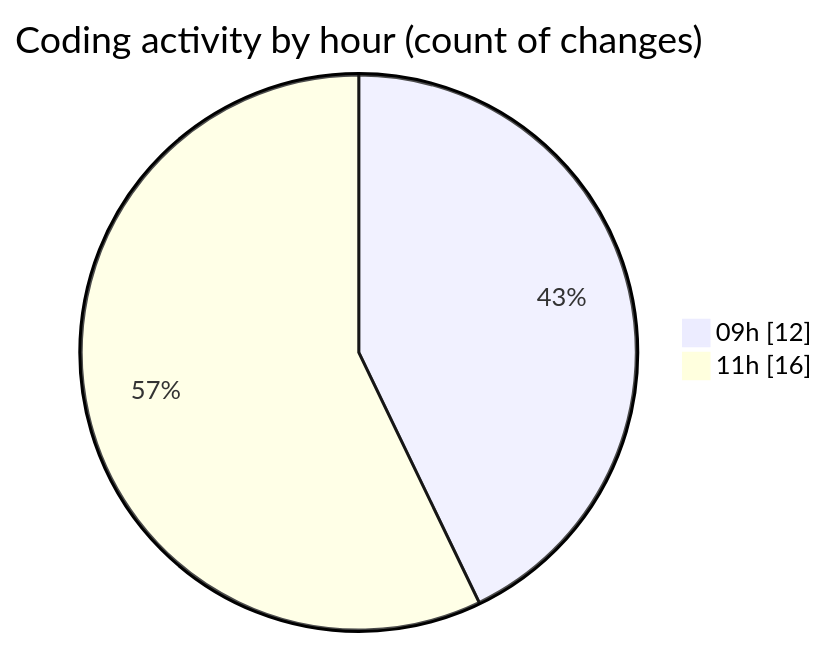
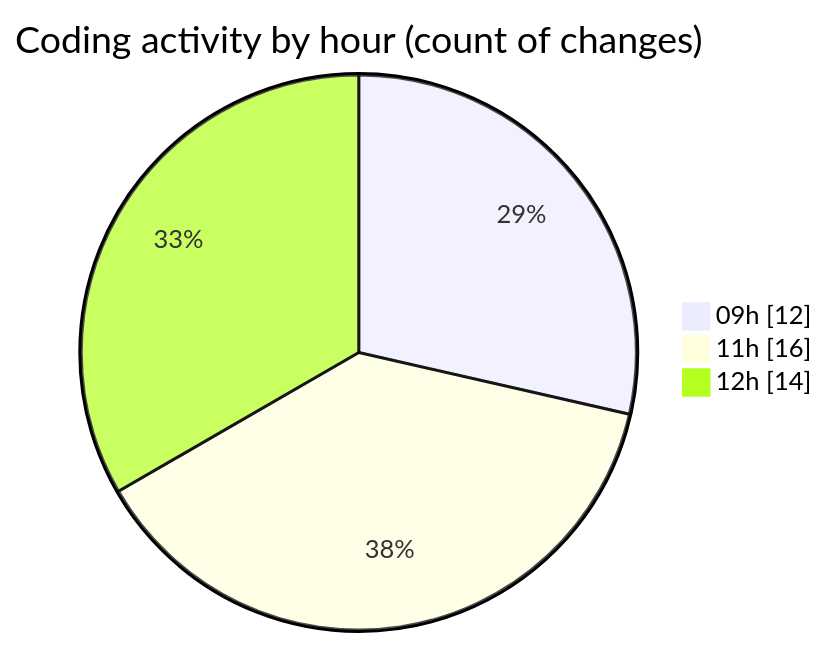
Before and after one commit to robertbonfada/code-tracking: the second of 2 diagrams in 2025-02-20/mbc-web/README.md, drawn with Mermaid. The commit also changed other lines of this file and 1 other file, not shown here.

````diff
--- a/2025-02-20/mbc-web/README.md
+++ b/2025-02-20/mbc-web/README.md
@@ -46,6 +51,7 @@
 ```mermaid
 pie showData
 title Coding activity by hour (count of changes)
 "09h" : 12
 "11h" : 16
+"12h" : 14
 ```
````
